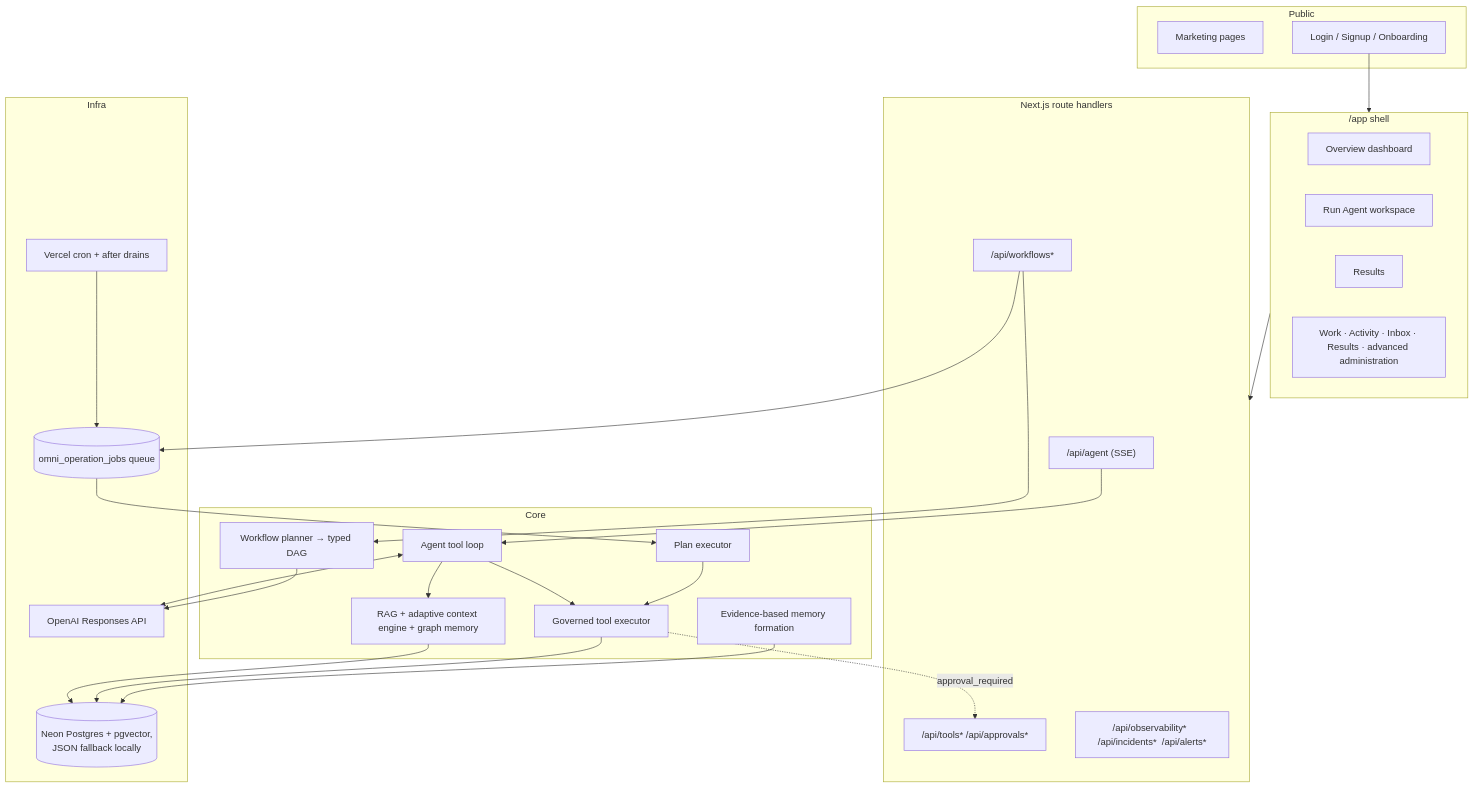
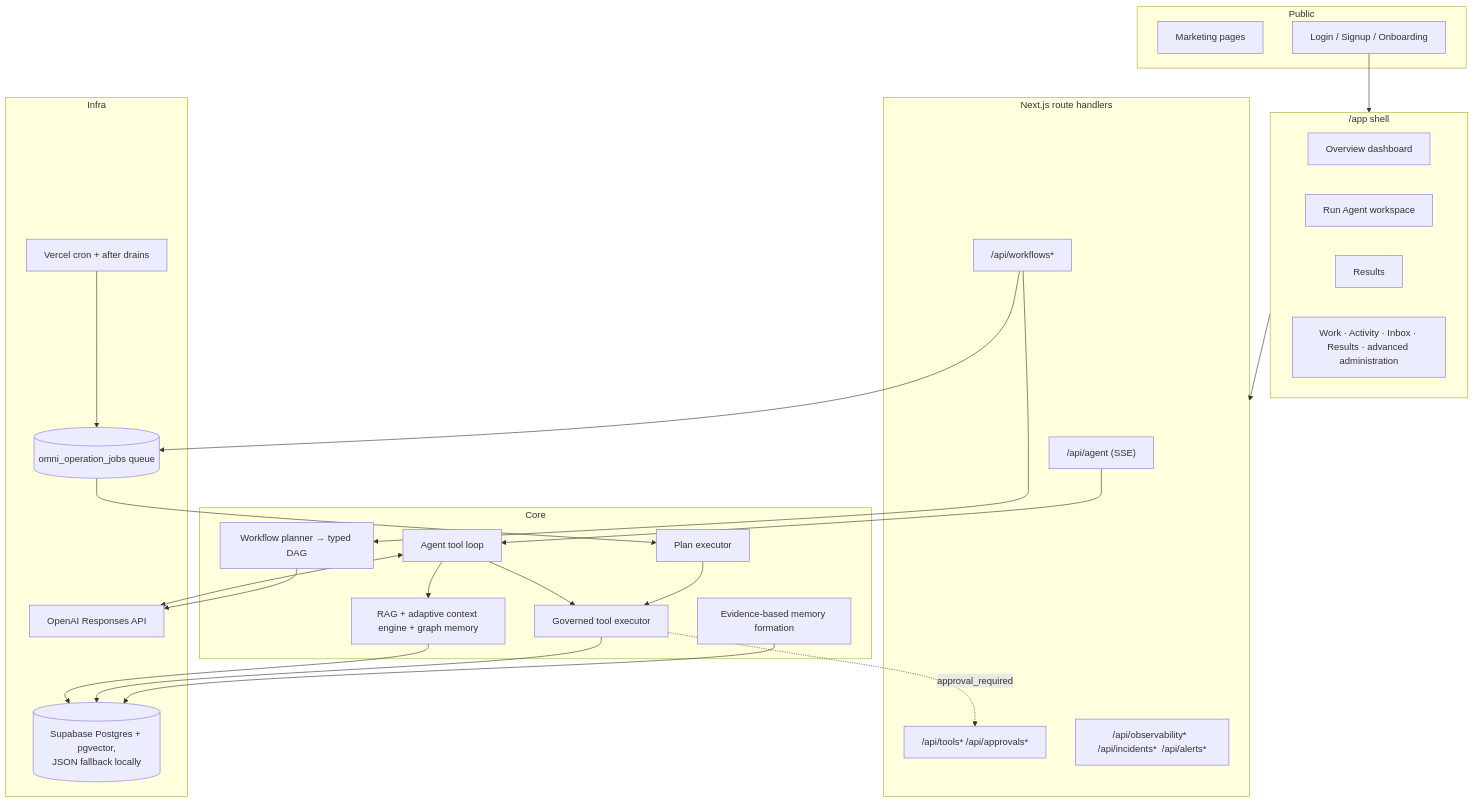
The first of 3 diagrams in docs/architecture.md (benniejoseph/OmniAgentOS), drawn with Mermaid before and after one commit. The commit also changed 13 other files, not shown here.

````diff
--- a/docs/architecture.md
+++ b/docs/architecture.md
@@ -30,50 +30,50 @@
 ```mermaid
 flowchart TD
   subgraph Public
     MKT[Marketing pages]
     AUTH[Login / Signup / Onboarding]
   end
 
   subgraph App["/app shell"]
     DASH[Overview dashboard]
     RUN[Run Agent workspace]
     RES[Results]
     CONSOLES[Work · Activity · Inbox · Results · advanced administration]
   end
 
   subgraph API["Next.js route handlers"]
     AG["/api/agent (SSE)"]
     WF["/api/workflows*"]
     TOOLS["/api/tools*  /api/approvals*"]
     OBS["/api/observability*  /api/incidents*  /api/alerts*"]
   end
 
   subgraph Core
     LOOP[Agent tool loop]
     PLANNER[Workflow planner → typed DAG]
     EXEC[Plan executor]
     GOV[Governed tool executor]
     RAGL[RAG + adaptive context engine + graph memory]
     MEMC[Evidence-based memory formation]
   end
 
   subgraph Infra
-    PG[(Neon Postgres + pgvector,
+    PG[(Supabase Postgres + pgvector,
 JSON fallback locally)]
     QUEUE[(omni_operation_jobs queue)]
     CRON[Vercel cron + after drains]
     OAI[OpenAI Responses API]
   end
 
   AUTH --> App --> API
   AG --> LOOP
   LOOP --> RAGL --> PG
   LOOP <--> OAI
   LOOP --> GOV
   WF --> PLANNER --> OAI
   WF --> QUEUE --> EXEC --> GOV
   GOV --> PG
   GOV -. approval_required .-> TOOLS
   MEMC --> PG
   CRON --> QUEUE
 ```
````
